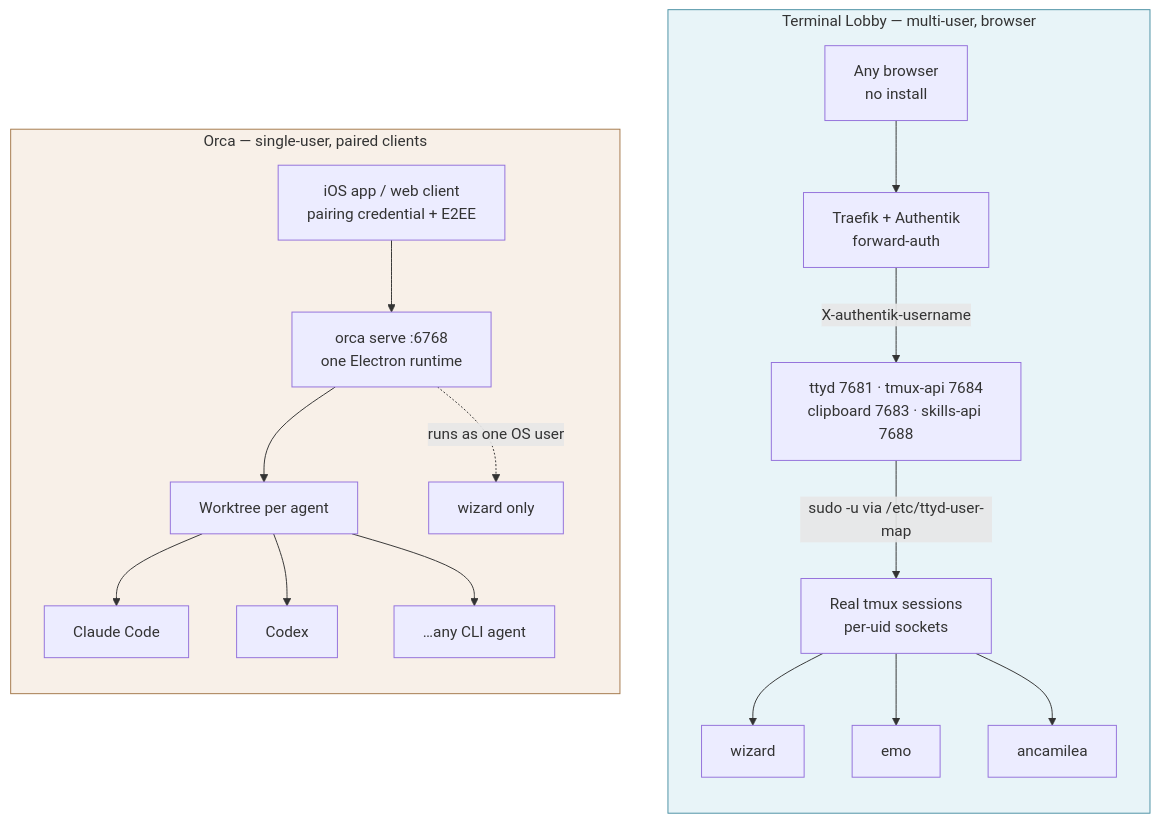
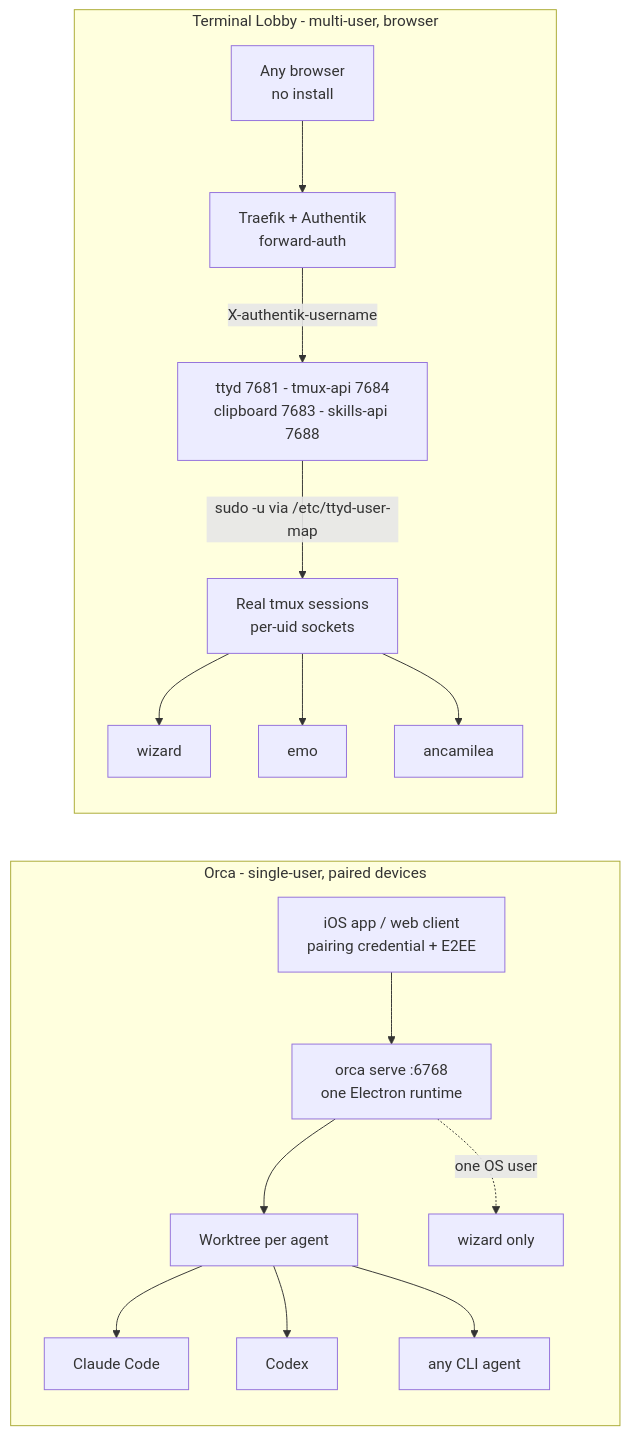
Before and after one commit to ViktorBarzin/terminal-lobby: the diagram in docs/plans/2026-08-29-orca-vs-terminal-lobby-evaluation.md, drawn with Mermaid. The commit also changed other lines of this file, not shown here.

First line of the commit message:
docs(plans): stack the Orca comparison diagram for phone, add tiles and callouts

````diff
--- a/docs/plans/2026-08-29-orca-vs-terminal-lobby-evaluation.md
+++ b/docs/plans/2026-08-29-orca-vs-terminal-lobby-evaluation.md
@@ -41,21 +48,20 @@
 ```mermaid
 flowchart TB
-    subgraph TL["Terminal Lobby — multi-user, browser"]
+    subgraph TL["Terminal Lobby - multi-user, browser"]
         direction TB
         B["Any browser<br/>no install"] --> TF["Traefik + Authentik<br/>forward-auth"]
-        TF -->|"X-authentik-username"| SVC["ttyd 7681 · tmux-api 7684<br/>clipboard 7683 · skills-api 7688"]
+        TF -->|"X-authentik-username"| SVC["ttyd 7681 - tmux-api 7684<br/>clipboard 7683 - skills-api 7688"]
         SVC -->|"sudo -u via /etc/ttyd-user-map"| TMUX["Real tmux sessions<br/>per-uid sockets"]
         TMUX --> U1["wizard"] & U2["emo"] & U3["ancamilea"]
     end
 
-    subgraph OR["Orca — single-user, paired clients"]
+    subgraph OR["Orca - single-user, paired devices"]
         direction TB
         P["iOS app / web client<br/>pairing credential + E2EE"] --> RT["orca serve :6768<br/>one Electron runtime"]
         RT --> WT["Worktree per agent"]
-        WT --> A1["Claude Code"] & A2["Codex"] & A3["…any CLI agent"]
-        RT -.->|"runs as one OS user"| W["wizard only"]
+        WT --> A1["Claude Code"] & A2["Codex"] & A3["any CLI agent"]
+        RT -.->|"one OS user"| W["wizard only"]
     end
 
-    style TL fill:#e8f4f8,stroke:#4a90a4
-    style OR fill:#f8f0e8,stroke:#a4784a
+    TL ~~~ OR
 ```
````
